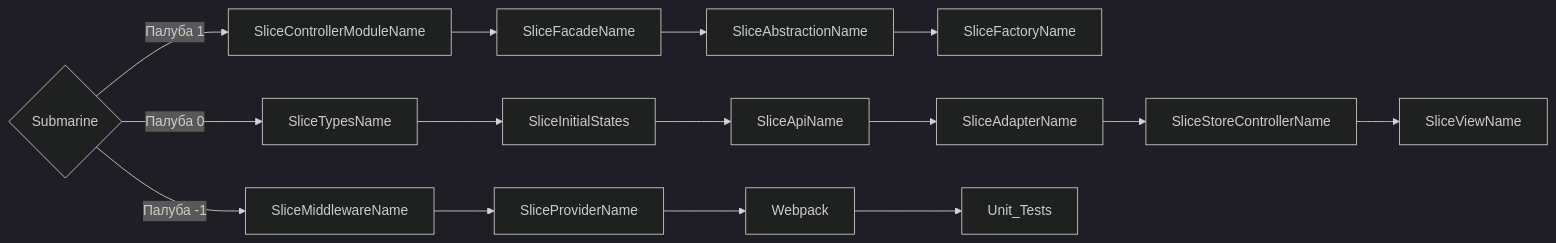
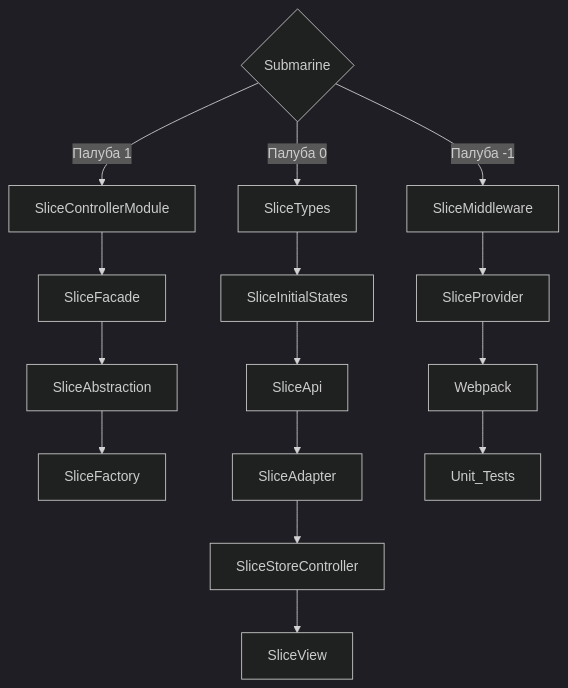
The diagram in README.md (cossack-don/aqua-submarine), drawn with Mermaid (dark theme) before and after one commit. The commit also changed other lines of this file, not shown here.

````diff
--- a/README.md
+++ b/README.md
@@ -20,10 +20,26 @@
 ```mermaid
-   flowchart LR
+flowchart TD
+    C{Submarine}
     
-     C{Submarine}
-    C -->|Палуба 1| D[SliceControllerModuleName] --> SliceFacadeName --> SliceAbstractionName --> SliceFactoryName
-    C -->|Палуба 0 | X[SliceTypesName] --> SliceInitialStates --> SliceApiName --> SliceAdapterName --> SliceStoreControllerName --> SliceViewName
-    C -->|Палуба -1| E[SliceMiddlewareName] --> SliceProviderName --> Webpack --> Unit_Tests
+    %% Палуба 1 (верхняя)
+    C --> |Палуба 1| D[SliceControllerModule]
+    D --> SliceFacade
+    SliceFacade --> SliceAbstraction
+    SliceAbstraction --> SliceFactory
+    
+    %% Палуба 0 (основная)
+    C --> |Палуба 0| X[SliceTypes]
+    X --> SliceInitialStates
+    SliceInitialStates --> SliceApi
+    SliceApi --> SliceAdapter
+    SliceAdapter --> SliceStoreController
+    SliceStoreController --> SliceView
+    
+    %% Палуба -1 (нижняя)
+    C --> |Палуба -1| E[SliceMiddleware]
+    E --> SliceProvider
+    SliceProvider --> Webpack
+    Webpack --> Unit_Tests
    
     
 ```
````
